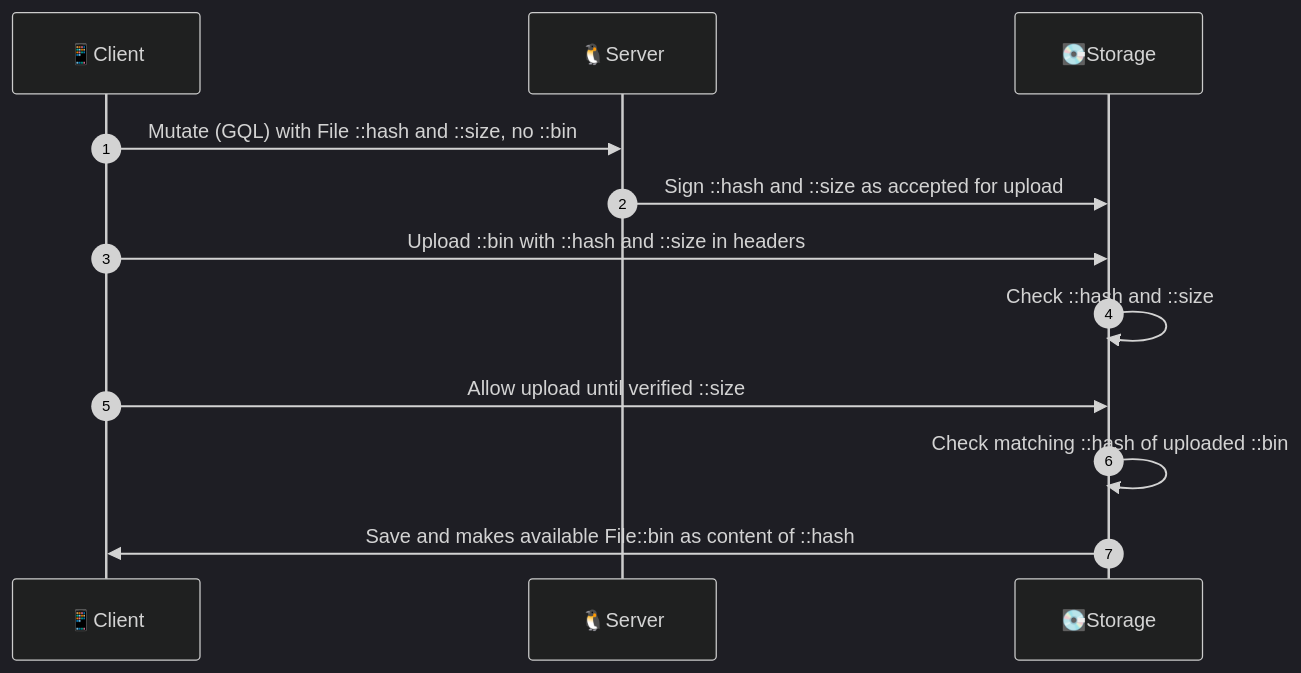
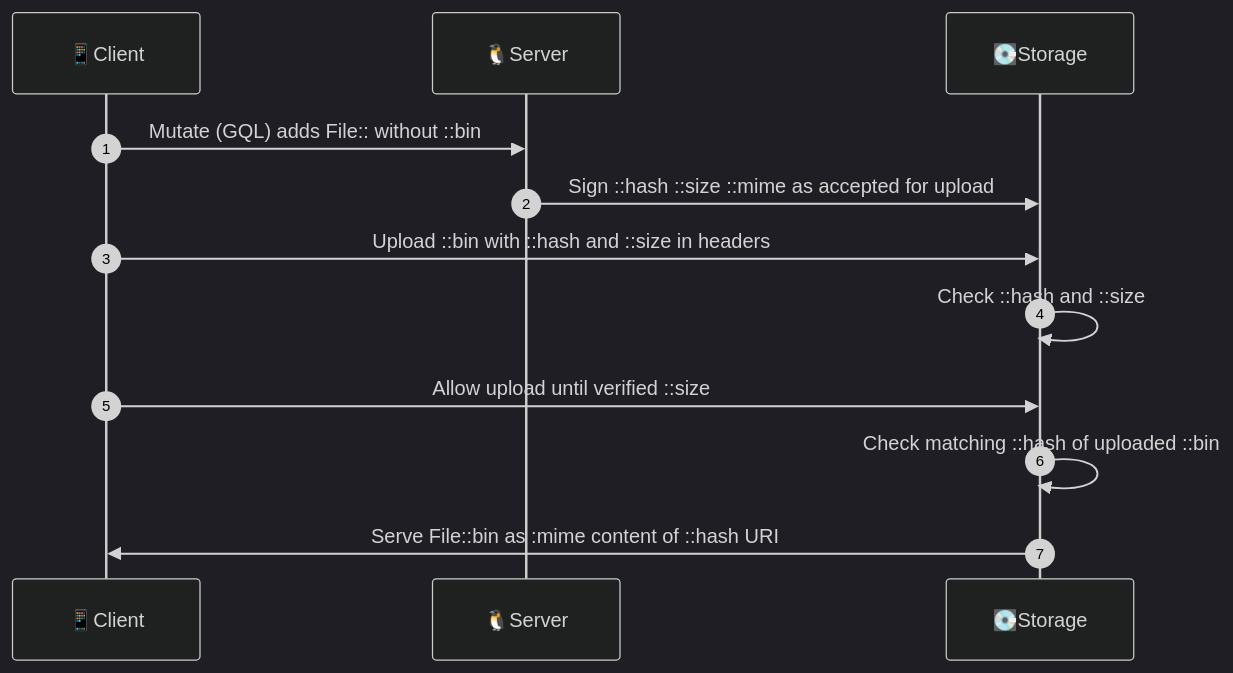
Before and after one commit to interfacerproject/zenflows-crypto: the second of 2 diagrams in README.md, drawn with Mermaid (dark theme).

Commit message:
add mime type on Storage

````diff
--- a/README.md
+++ b/README.md
@@ -97,14 +97,14 @@
 ```mermaid
 sequenceDiagram
 autonumber
   participant C as 📱Client
   participant S as 🐧Server
   participant F as 💽Storage
-  C->>S: Mutate (GQL) with File ::hash and ::size, no ::bin
-  S->>F: Sign ::hash and ::size as accepted for upload
+  C->>S: Mutate (GQL) adds File:: without ::bin
+  S->>F: Sign ::hash ::size ::mime as accepted for upload
   C->>F: Upload ::bin with ::hash and ::size in headers
   F->>F: Check ::hash and ::size
   C->>F: Allow upload until verified ::size
   F->>F: Check matching ::hash of uploaded ::bin
-  F->>C: Save and makes available File::bin as content of ::hash
+  F->>C: Serve File::bin as :mime content of ::hash URI
 ```
````
